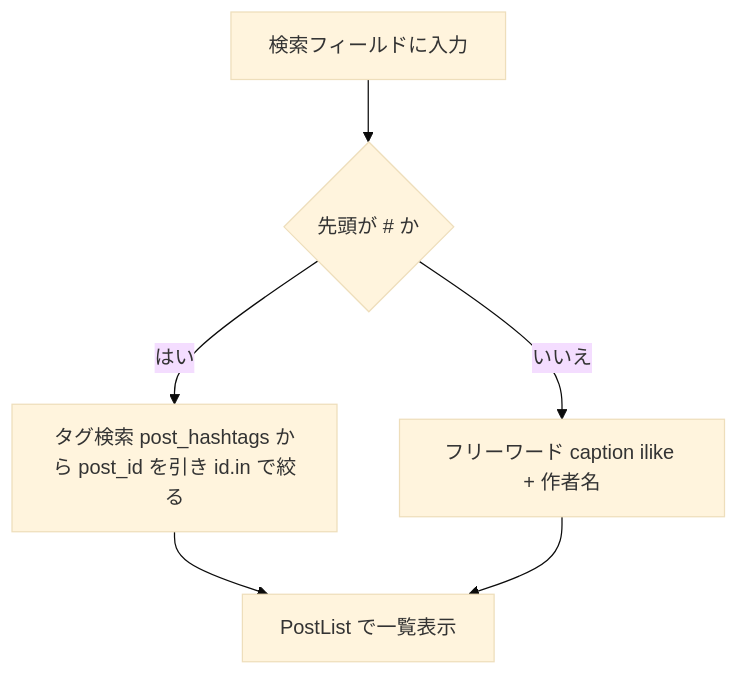
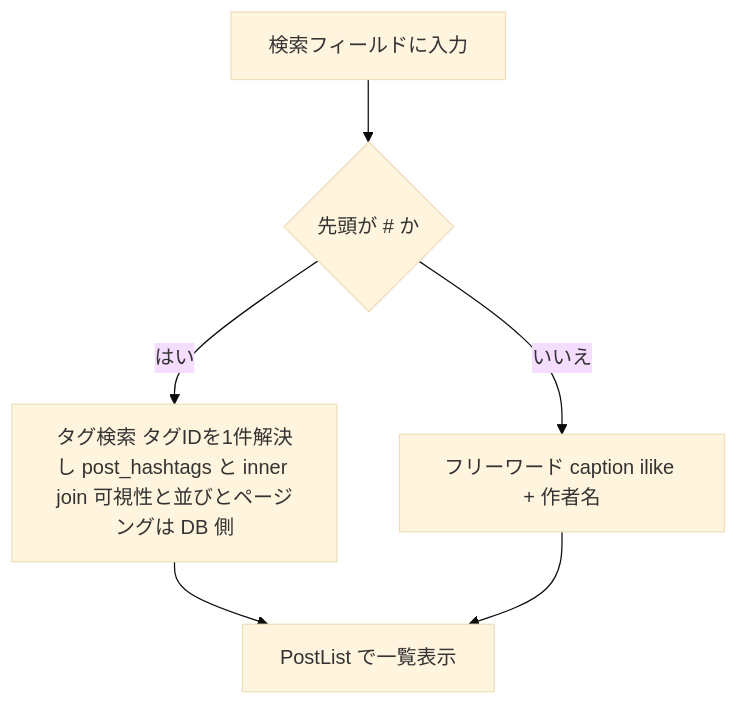
The third of 4 diagrams in docs/planning/hashtag-search-implementation-plan.md (3balljugglerYu/ai_coordinate), drawn with Mermaid (base theme) before and after one commit. The commit also changed other lines of this file, not shown here.

First line of the commit message:
docs(planning): 再レビュー2件に対応(図と一覧に残っていた旧設計の統一)

````diff
--- a/docs/planning/hashtag-search-implementation-plan.md
+++ b/docs/planning/hashtag-search-implementation-plan.md
@@ -88,8 +89,8 @@
 ```mermaid
 flowchart TD
     A["検索フィールドに入力"] --> B{"先頭が # か"}
-    B -->|はい| C["タグ検索 post_hashtags から post_id を引き id.in で絞る"]
+    B -->|はい| C["タグ検索 タグIDを1件解決し post_hashtags と inner join 可視性と並びとページングは DB 側"]
     B -->|いいえ| D["フリーワード caption ilike + 作者名"]
     C --> E["PostList で一覧表示"]
     D --> E
 ```
````
